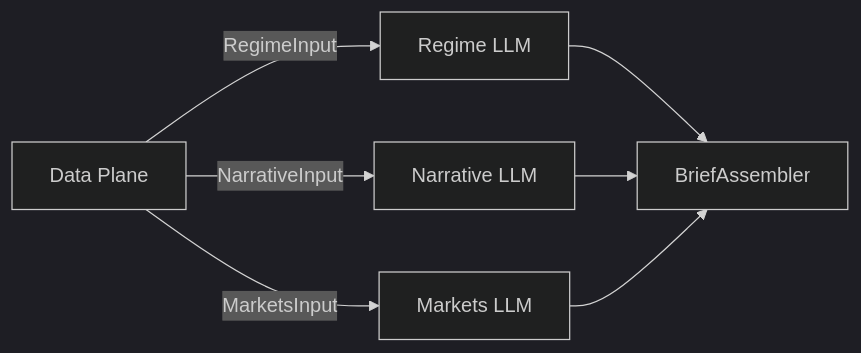
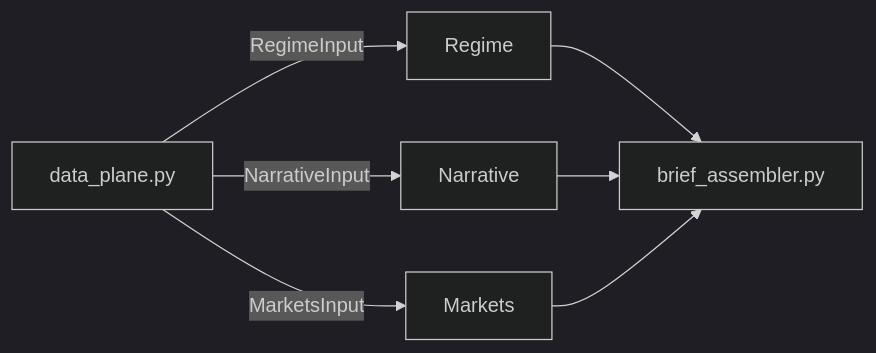
The diagram in README.md (wanmingz/investment_agent), drawn with Mermaid (dark theme) before and after one commit. The commit also changed other lines of this file and 24 other files, not shown here.

````diff
--- a/README.md
+++ b/README.md
@@ -102,13 +88,13 @@
 ```mermaid
 flowchart LR
-    DP[Data Plane]
-    R[Regime LLM]
-    N[Narrative LLM]
-    M[Markets LLM]
-  A[BriefAssembler]
+    DP[data_plane.py]
+    R[Regime]
+    N[Narrative]
+    M[Markets]
+    A[brief_assembler.py]
 
     DP -->|RegimeInput| R
     DP -->|NarrativeInput| N
     DP -->|MarketsInput| M
     R & N & M --> A
 ```
````
